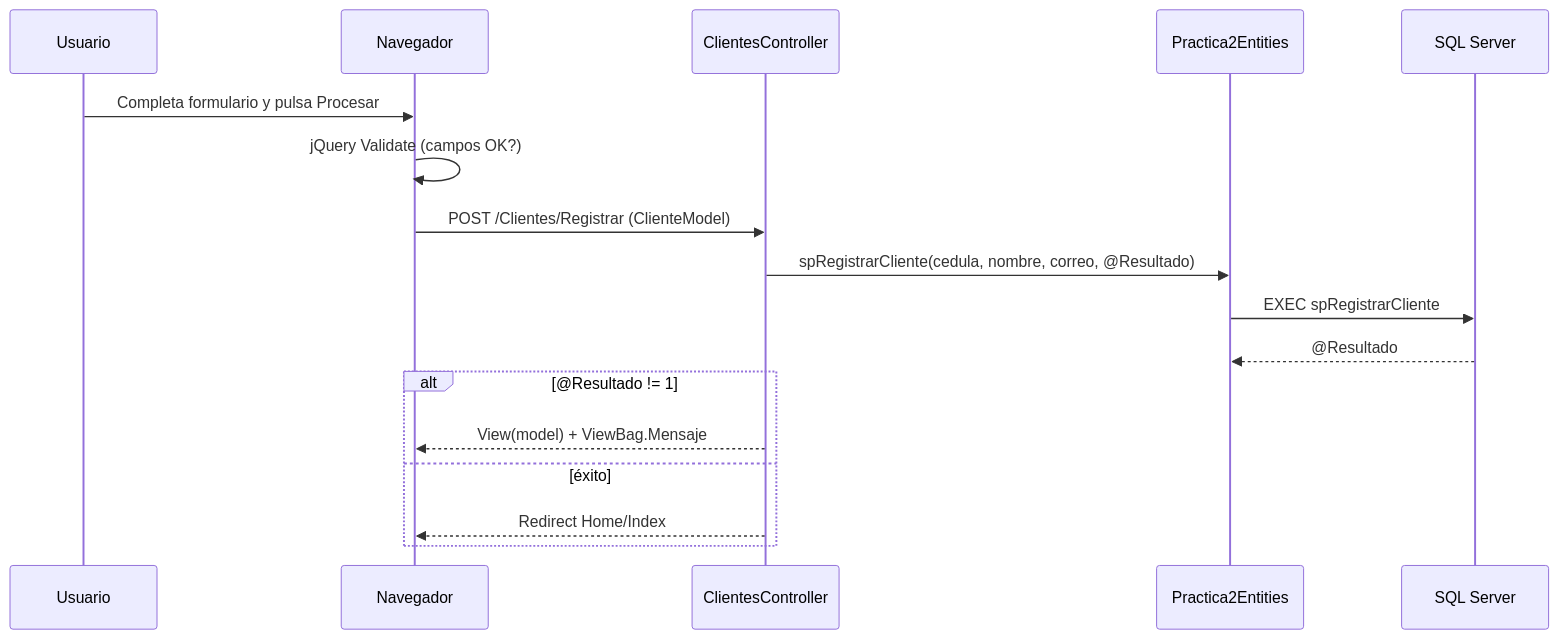
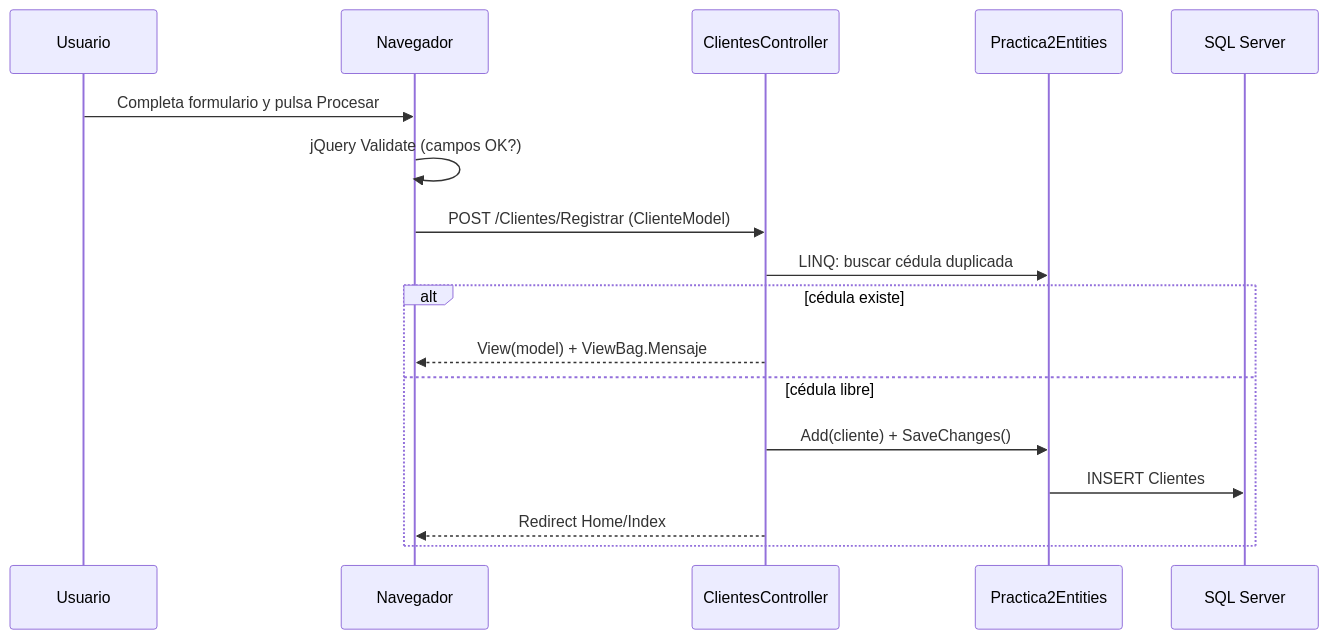
Before and after one commit to msa27/Practica-2: the diagram in APRENDIZAJE.md, drawn with Mermaid. The commit also changed other lines of this file and 21 other files, not shown here.

````diff
--- a/APRENDIZAJE.md
+++ b/APRENDIZAJE.md
@@ -303,20 +351,20 @@
 ```mermaid
 sequenceDiagram
     participant U as Usuario
     participant B as Navegador
     participant C as ClientesController
     participant EF as Practica2Entities
     participant DB as SQL Server
 
     U->>B: Completa formulario y pulsa Procesar
     B->>B: jQuery Validate (campos OK?)
     B->>C: POST /Clientes/Registrar (ClienteModel)
-    C->>EF: spRegistrarCliente(cedula, nombre, correo, @Resultado)
-    EF->>DB: EXEC spRegistrarCliente
-    DB-->>EF: @Resultado
-    alt @Resultado != 1
+    C->>EF: LINQ: buscar cédula duplicada
+    alt cédula existe
         C-->>B: View(model) + ViewBag.Mensaje
-    else éxito
+    else cédula libre
+        C->>EF: Add(cliente) + SaveChanges()
+        EF->>DB: INSERT Clientes
         C-->>B: Redirect Home/Index
     end
 ```
````
